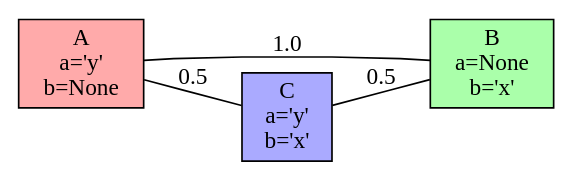
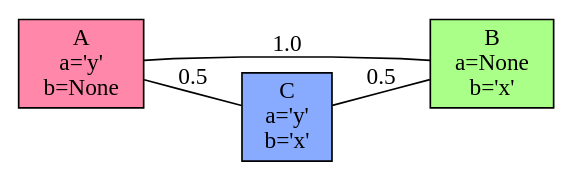
Before and after one commit to sahib/libmunin-thesis: the diagram in rst/2_begriffe/figs/trineq_fixed.dot, drawn with Graphviz. The commit also changed 26 other files, not shown here.

Commit message:
Added some colors to the graphics.

```diff
--- a/rst/2_begriffe/figs/trineq_fixed.dot
+++ b/rst/2_begriffe/figs/trineq_fixed.dot
@@ -1,14 +1,14 @@
 graph {
    node [shape=record, style=filled, nodesep=4];
    splines=polyline;
    rankdir="LR";
   
 
-   "A\na='y'\nb=None" [fillcolor="#ffaaaa"]
-   "B\na=None\nb='x'" [fillcolor="#aaffaa"]
-   "C\na='y'\nb='x'" [fillcolor="#aaaaff"]
+   "A\na='y'\nb=None" [fillcolor="#ff88aa"]
+   "B\na=None\nb='x'" [fillcolor="#aaff88"]
+   "C\na='y'\nb='x'" [fillcolor="#88aaff"]
  
    "A\na='y'\nb=None" -- "B\na=None\nb='x'" [label="1.0"]
    "A\na='y'\nb=None" -- "C\na='y'\nb='x'"[label="0.5"]
    "C\na='y'\nb='x'" -- "B\na=None\nb='x'" [label="0.5"]
 }
```
